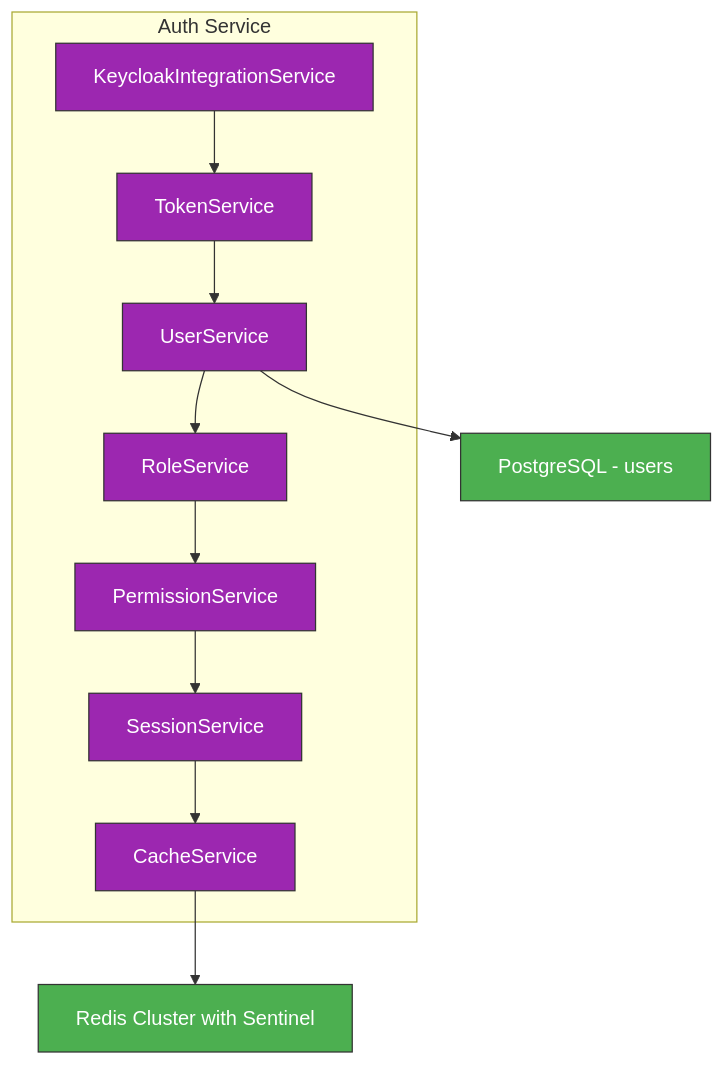
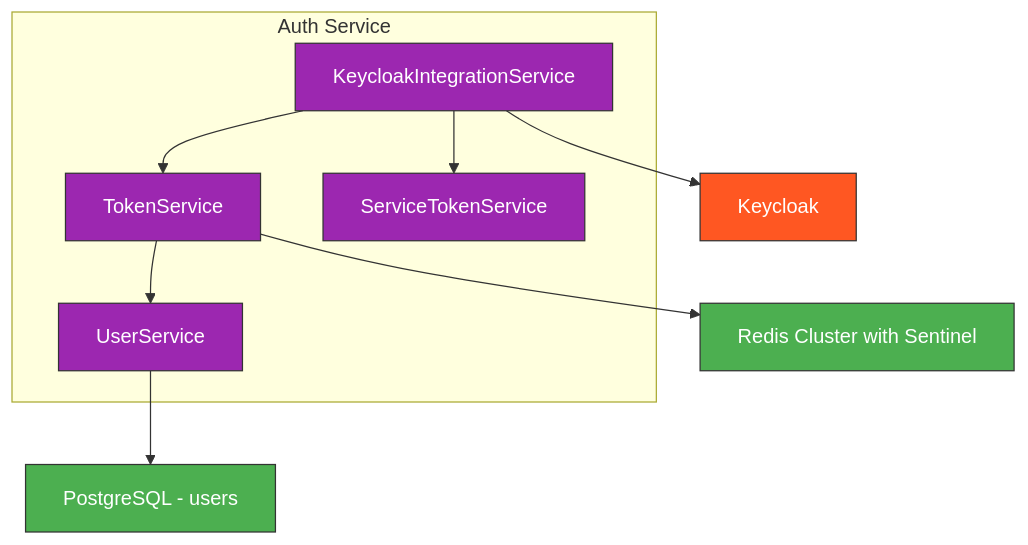
Before and after one commit to alxsshv/autodev-marketplace: the third of 7 diagrams in docs/architecture/component-diagram.md, drawn with Mermaid. The commit also changed 73 other files, not shown here.

````diff
--- a/docs/architecture/component-diagram.md
+++ b/docs/architecture/component-diagram.md
@@ -148,29 +148,26 @@
 ```mermaid
 graph TD
     subgraph "Auth Service"
         A[KeycloakIntegrationService]
         B[TokenService]
         C[UserService]
-        D[RoleService]
-        E[PermissionService]
-        F[SessionService]
-        G[CacheService]
+        D[ServiceTokenService]
     end
     
     A --> B
     B --> C
-    C --> D
-    D --> E
-    E --> F
-    F --> G
-    G --> Redis[Redis Cluster with Sentinel]
+    A --> D
+    B --> Redis[Redis Cluster with Sentinel]
     C --> PostgreSQL[PostgreSQL - users]
+    A --> Keycloak[Keycloak]
     
     classDef auth fill:#9C27B0,stroke:#333,stroke-width:1px,color:white;
     classDef component fill:#2196F3,stroke:#333,stroke-width:1px,color:white;
     classDef storage fill:#4CAF50,stroke:#333,stroke-width:1px,color:white;
     classDef redis fill:#FF9800,stroke:#333,stroke-width:1px,color:white;
+    classDef external fill:#FF5722,stroke:#333,stroke-width:1px,color:white;
     
-    class A,B,C,D,E,F,G auth
+    class A,B,C,D auth
     class Redis,PostgreSQL storage
+    class Keycloak external
 ```
````
